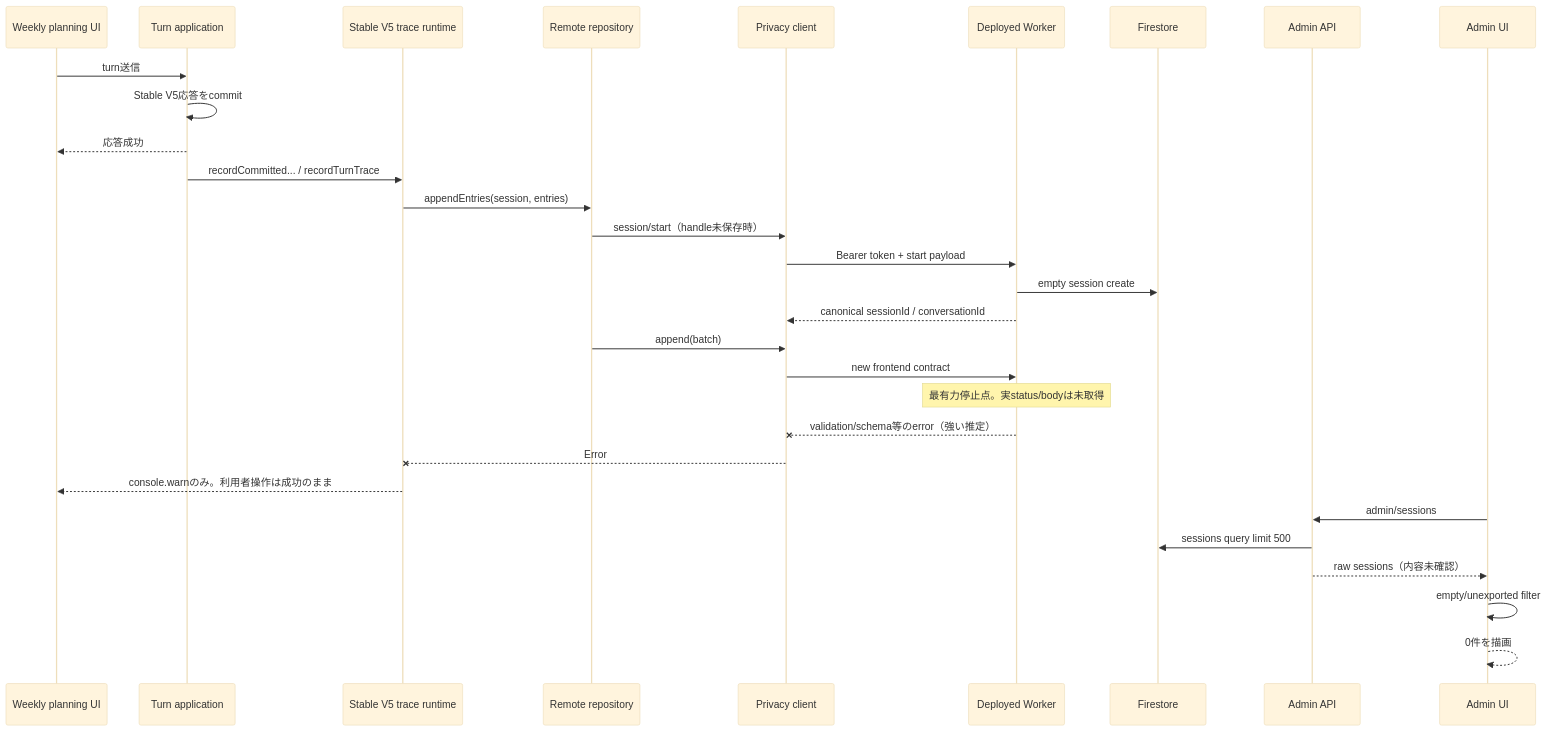
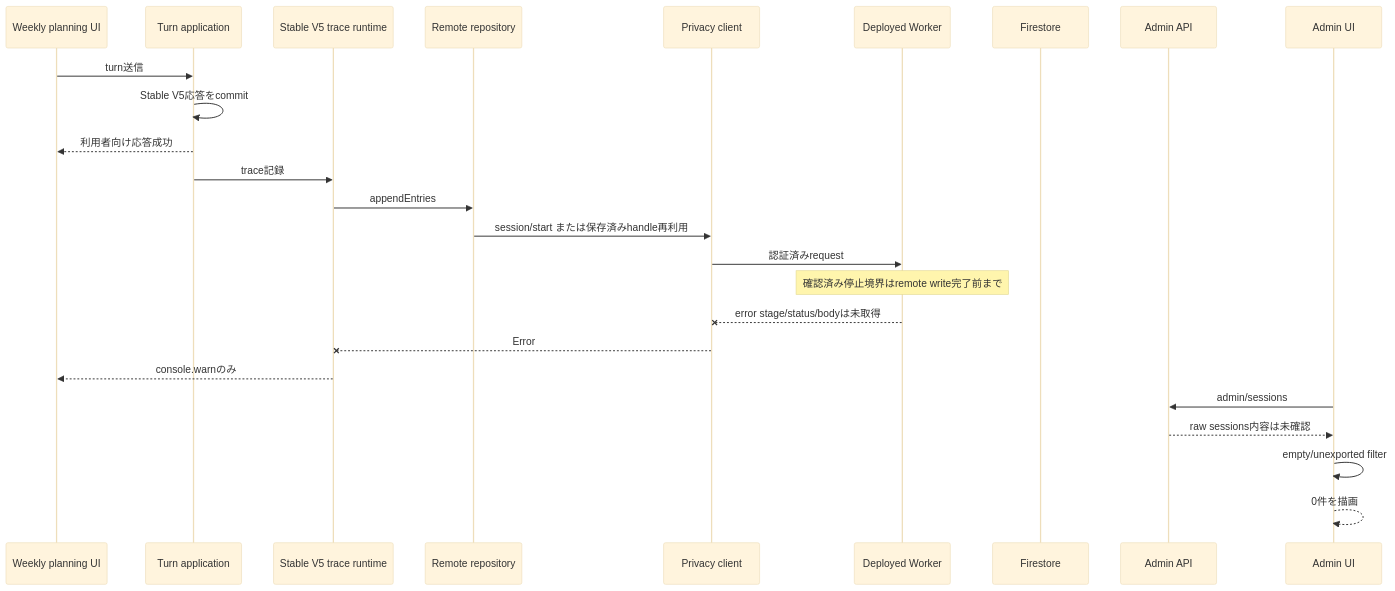
One commit to kame447/StudyPlanner changed the diagram in docs/ai/audits/20260728-weekly-planning-trace-missing-after-pr94-investigation.md. Above: the diagram before and after it, drawn with Mermaid (base theme). The commit also changed other lines of this file, not shown here.

Commit message:
docs: correct production trace investigation findings

````diff
--- a/docs/ai/audits/20260728-weekly-planning-trace-missing-after-pr94-investigation.md
+++ b/docs/ai/audits/20260728-weekly-planning-trace-missing-after-pr94-investigation.md
@@ -280,33 +229,28 @@
 ```mermaid
 sequenceDiagram
     participant UI as Weekly planning UI
     participant APP as Turn application
     participant RT as Stable V5 trace runtime
     participant RR as Remote repository
     participant PC as Privacy client
     participant W as Deployed Worker
     participant FS as Firestore
     participant AA as Admin API
     participant AU as Admin UI
 
     UI->>APP: turn送信
     APP->>APP: Stable V5応答をcommit
-    APP-->>UI: 応答成功
-    APP->>RT: recordCommitted... / recordTurnTrace
-    RT->>RR: appendEntries(session, entries)
-    RR->>PC: session/start（handle未保存時）
-    PC->>W: Bearer token + start payload
-    W->>FS: empty session create
-    W-->>PC: canonical sessionId / conversationId
-    RR->>PC: append(batch)
-    PC->>W: new frontend contract
-    Note over W: 最有力停止点。実status/bodyは未取得
-    W--xPC: validation/schema等のerror（強い推定）
+    APP-->>UI: 利用者向け応答成功
+    APP->>RT: trace記録
+    RT->>RR: appendEntries
+    RR->>PC: session/start または保存済みhandle再利用
+    PC->>W: 認証済みrequest
+    Note over W: 確認済み停止境界はremote write完了前まで
+    W--xPC: error stage/status/bodyは未取得
     PC--xRT: Error
-    RT-->>UI: console.warnのみ。利用者操作は成功のまま
+    RT-->>UI: console.warnのみ
     AU->>AA: admin/sessions
-    AA->>FS: sessions query limit 500
-    AA-->>AU: raw sessions（内容未確認）
+    AA-->>AU: raw sessions内容は未確認
     AU->>AU: empty/unexported filter
     AU-->>AU: 0件を描画
 ```
````
